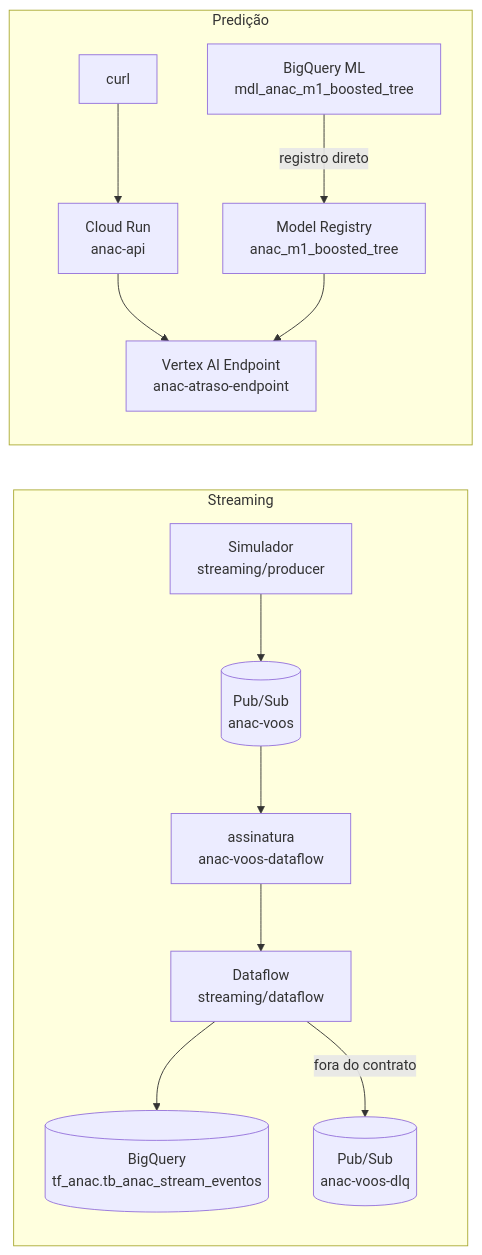
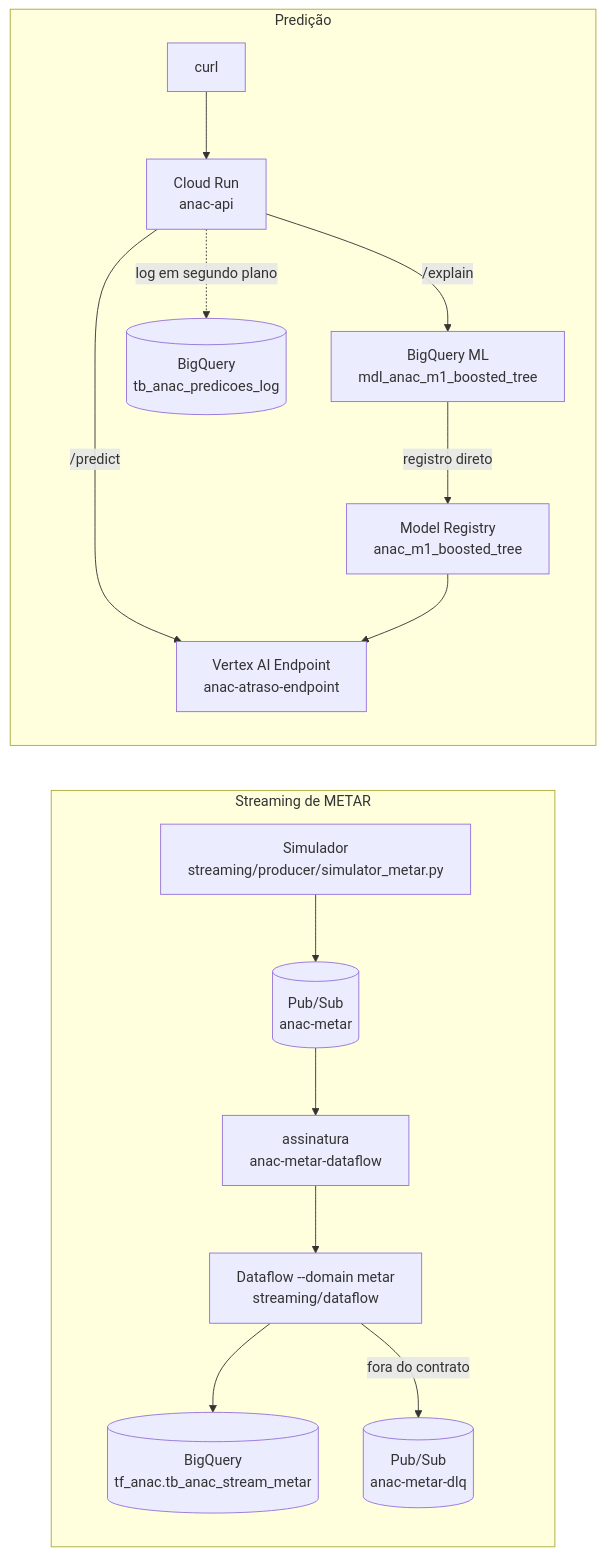
One commit to Joaohsim15/ANAC-PDM changed the diagram in docs/t2-operacao.md. Above: the diagram before and after it, drawn with Mermaid. The commit also changed other lines of this file and 4 other files, not shown here.

First line of the commit message:
chore(t2): demo com streaming de METAR e payload com clima

````diff
--- a/docs/t2-operacao.md
+++ b/docs/t2-operacao.md
@@ -18,16 +18,18 @@
 ```mermaid
 flowchart LR
-    subgraph stream["Streaming"]
-        SIM["Simulador<br/>streaming/producer"] --> TOP[("Pub/Sub<br/>anac-voos")]
-        TOP --> SUB["assinatura<br/>anac-voos-dataflow"]
-        SUB --> DF["Dataflow<br/>streaming/dataflow"]
-        DF --> BQ[("BigQuery<br/>tf_anac.tb_anac_stream_eventos")]
-        DF -->|fora do contrato| DLQ[("Pub/Sub<br/>anac-voos-dlq")]
+    subgraph stream["Streaming de METAR"]
+        SIM["Simulador<br/>streaming/producer/simulator_metar.py"] --> TOP[("Pub/Sub<br/>anac-metar")]
+        TOP --> SUB["assinatura<br/>anac-metar-dataflow"]
+        SUB --> DF["Dataflow --domain metar<br/>streaming/dataflow"]
+        DF --> BQ[("BigQuery<br/>tf_anac.tb_anac_stream_metar")]
+        DF -->|fora do contrato| DLQ[("Pub/Sub<br/>anac-metar-dlq")]
     end
     subgraph serving["Predição"]
         CLI["curl"] --> API["Cloud Run<br/>anac-api"]
-        API --> EP["Vertex AI Endpoint<br/>anac-atraso-endpoint"]
+        API -->|/predict| EP["Vertex AI Endpoint<br/>anac-atraso-endpoint"]
+        API -->|/explain| BQML
+        API -.->|log em segundo plano| LOG[("BigQuery<br/>tb_anac_predicoes_log")]
         BQML["BigQuery ML<br/>mdl_anac_m1_boosted_tree"] -->|registro direto| REG["Model Registry<br/>anac_m1_boosted_tree"]
         REG --> EP
     end
 ```
````
